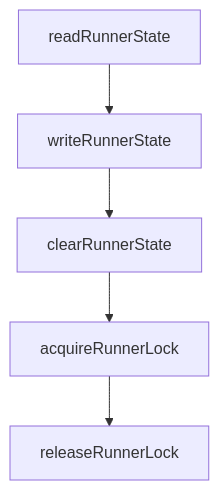
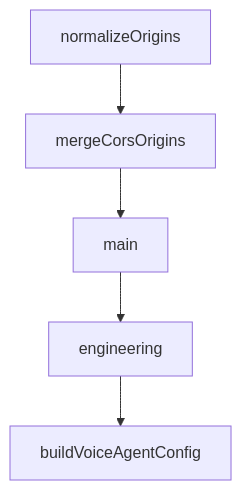
The diagram in tutorials/hapi-tutorial/08-production-operations.md (johnxie/awesome-code-docs), drawn with Mermaid before and after one commit. The commit also changed other lines of this file and 1232 other files, not shown here.

````diff
--- a/tutorials/hapi-tutorial/08-production-operations.md
+++ b/tutorials/hapi-tutorial/08-production-operations.md
@@ -264,12 +251,12 @@
 ```mermaid
 flowchart TD
-    A[readRunnerState]
-    B[writeRunnerState]
-    C[clearRunnerState]
-    D[acquireRunnerLock]
-    E[releaseRunnerLock]
+    A[normalizeOrigins]
+    B[mergeCorsOrigins]
+    C[main]
+    D[engineering]
+    E[buildVoiceAgentConfig]
     A --> B
     B --> C
     C --> D
     D --> E
 ```
````
